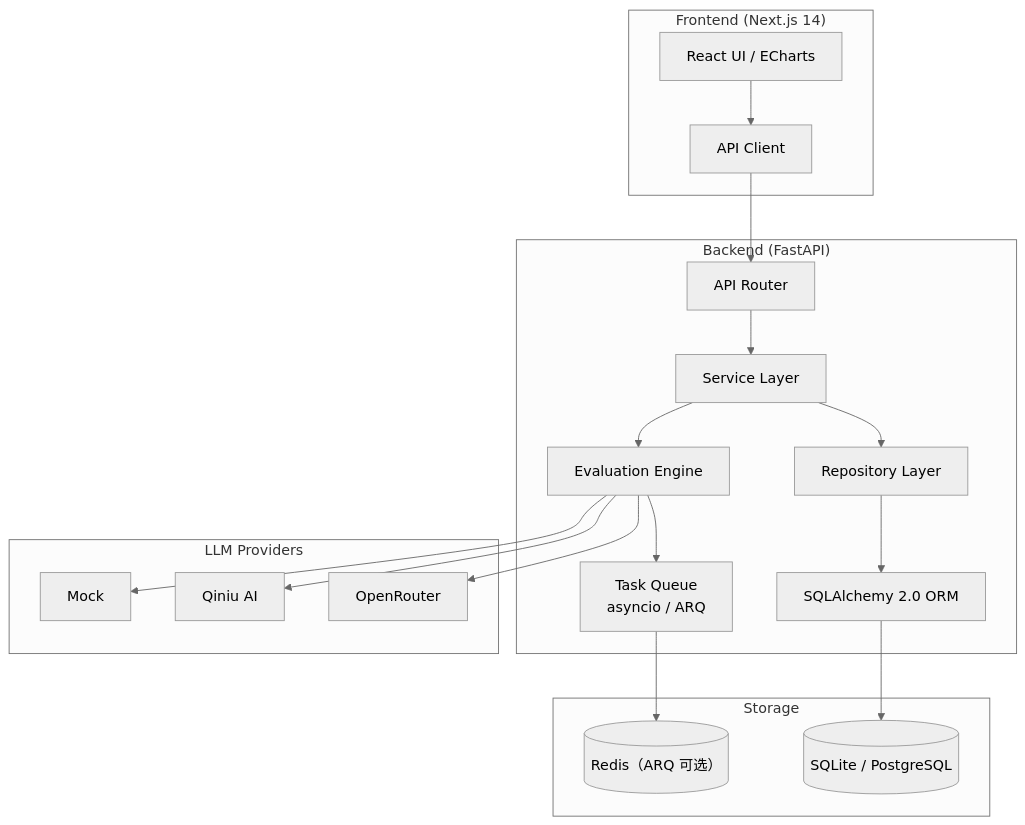
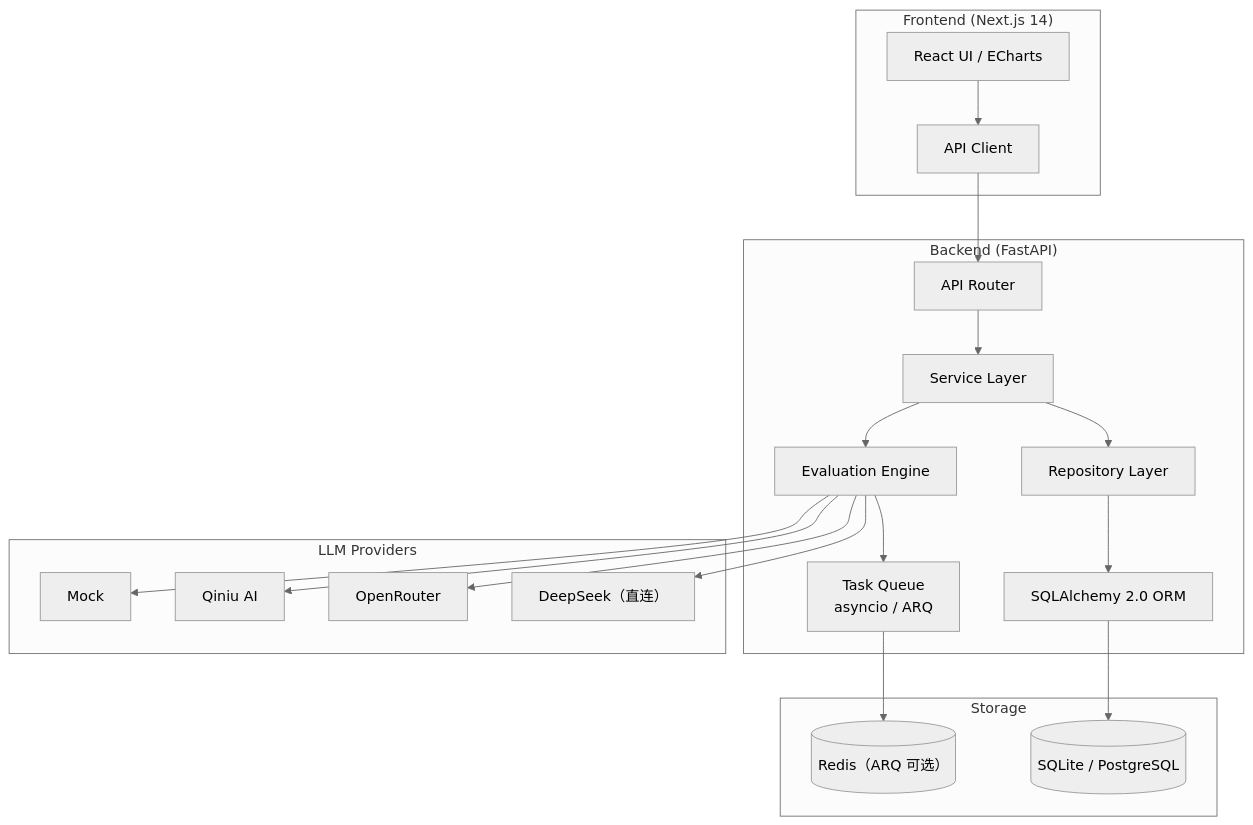
Before and after one commit to keanuccc/BenchmarkOps: the second of 2 diagrams in README.md, drawn with Mermaid (neutral theme). The commit also changed other lines of this file and 42 other files, not shown here.

First line of the commit message:
feat: 国产模型优先（DeepSeek 直连）与前端 UI 大改

````diff
--- a/README.md
+++ b/README.md
@@ -125,35 +125,36 @@
 ```mermaid
 flowchart TB
     subgraph FE["Frontend (Next.js 14)"]
         UI["React UI / ECharts"]
         CLIENT["API Client"]
     end
     subgraph BE["Backend (FastAPI)"]
         ROUTER["API Router"]
         SERVICE["Service Layer"]
         REPO["Repository Layer"]
         ORM["SQLAlchemy 2.0 ORM"]
         EVAL["Evaluation Engine"]
         QUEUE["Task Queue<br/>asyncio / ARQ"]
     end
     subgraph STORE["Storage"]
         DB[("SQLite / PostgreSQL")]
         REDIS[("Redis（ARQ 可选）")]
     end
     subgraph LLM["LLM Providers"]
+        P0["DeepSeek（直连）"]
         P1["OpenRouter"]
         P2["Qiniu AI"]
         P3["Mock"]
     end
 
     UI --> CLIENT
     CLIENT --> ROUTER
     ROUTER --> SERVICE
     SERVICE --> REPO
     REPO --> ORM
     ORM --> DB
     SERVICE --> EVAL
     EVAL --> QUEUE
     QUEUE --> REDIS
-    EVAL --> P1 & P2 & P3
+    EVAL --> P0 & P1 & P2 & P3
 ```
````
